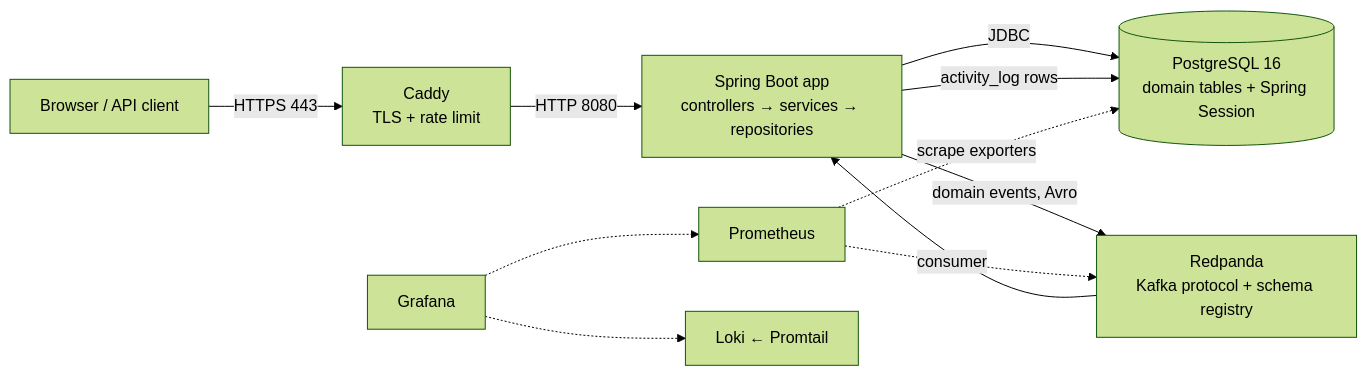
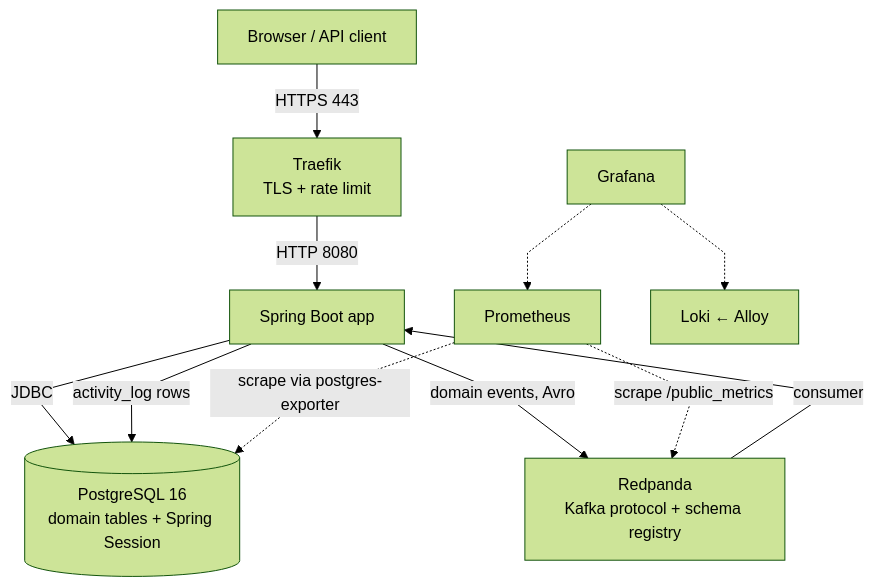
One commit to RudVlad473/kanban-board-backend changed the diagram in docs/learning/00-README.md. Above: the diagram before and after it, drawn with Mermaid (forest theme). The commit also changed 6 other files, not shown here.

First line of the commit message:
docs(quick-261005-sun): verify and fix the kept learning-guide diagrams

````diff
--- a/docs/learning/00-README.md
+++ b/docs/learning/00-README.md
@@ -66,13 +66,14 @@
 ```mermaid
-flowchart LR
-  client[Browser / API client] -->|HTTPS 443| caddy[Caddy<br/>TLS + rate limit]
-  caddy -->|HTTP 8080| app[Spring Boot app<br/>controllers → services → repositories]
+%%{init: {"flowchart": {"subGraphTitleMargin": {"top": 15, "bottom": 15}, "curve": "linear"}}}%%
+flowchart TB
+  client[Browser / API client] -->|HTTPS 443| traefik[Traefik<br/>TLS + rate limit]
+  traefik -->|HTTP 8080| app[Spring Boot app]
   app -->|JDBC| pg[(PostgreSQL 16<br/>domain tables + Spring Session)]
   app -->|domain events, Avro| rp[Redpanda<br/>Kafka protocol + schema registry]
   rp -->|consumer| app
   app -->|activity_log rows| pg
-  prom[Prometheus] -.->|scrape exporters| pg
-  prom -.-> rp
+  prom[Prometheus] -.->|scrape via postgres-exporter| pg
+  prom -.->|scrape /public_metrics| rp
   graf[Grafana] -.-> prom
-  graf -.-> loki[Loki ← Promtail]
+  graf -.-> loki[Loki ← Alloy]
 ```
````
